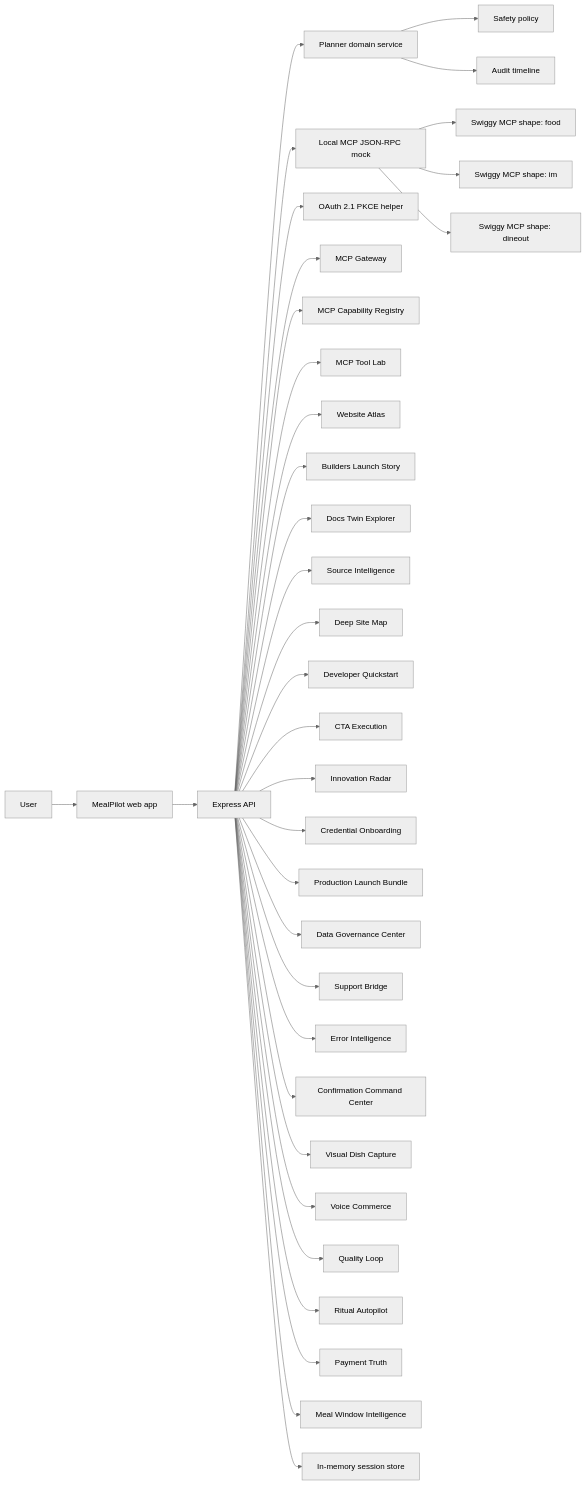
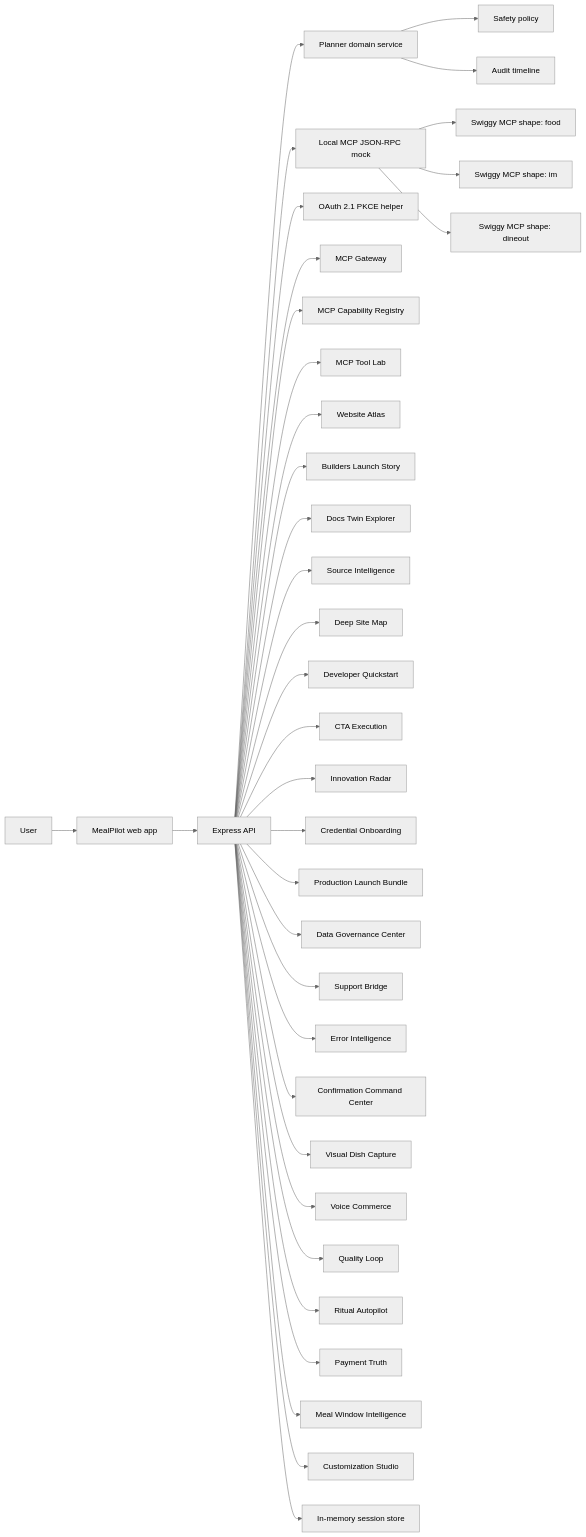
The diagram in docs/architecture.md (Farhankhan0128/MealPilot), drawn with Mermaid (neutral theme) before and after one commit. The commit also changed other lines of this file and 21 other files, not shown here.

Commit message:
Add Swiggy customization studio

````diff
--- a/docs/architecture.md
+++ b/docs/architecture.md
@@ -7,37 +7,38 @@
 ```mermaid
 flowchart LR
   U["User"] --> UI["MealPilot web app"]
   UI --> API["Express API"]
   API --> Planner["Planner domain service"]
   Planner --> Safety["Safety policy"]
   API --> Mock["Local MCP JSON-RPC mock"]
   API --> Auth["OAuth 2.1 PKCE helper"]
   API --> Gateway["MCP Gateway"]
   API --> Registry["MCP Capability Registry"]
   API --> ToolLab["MCP Tool Lab"]
   API --> Atlas["Website Atlas"]
   API --> Story["Builders Launch Story"]
   API --> DocsTwin["Docs Twin Explorer"]
   API --> SourceIntel["Source Intelligence"]
   API --> DeepMap["Deep Site Map"]
   API --> DevQuick["Developer Quickstart"]
   API --> CtaExec["CTA Execution"]
   API --> Innovation["Innovation Radar"]
   API --> Credential["Credential Onboarding"]
   API --> Launch["Production Launch Bundle"]
   API --> DataGov["Data Governance Center"]
   API --> Support["Support Bridge"]
   API --> Errors["Error Intelligence"]
   API --> ConfirmCmd["Confirmation Command Center"]
   API --> DishCapture["Visual Dish Capture"]
   API --> VoiceCommerce["Voice Commerce"]
   API --> QualityLoop["Quality Loop"]
   API --> Ritual["Ritual Autopilot"]
   API --> PaymentTruth["Payment Truth"]
   API --> MealWindow["Meal Window Intelligence"]
+  API --> Customization["Customization Studio"]
   Mock --> Food["Swiggy MCP shape: food"]
   Mock --> IM["Swiggy MCP shape: im"]
   Mock --> Dineout["Swiggy MCP shape: dineout"]
   API --> Store["In-memory session store"]
   Planner --> Obs["Audit timeline"]
 ```
````
